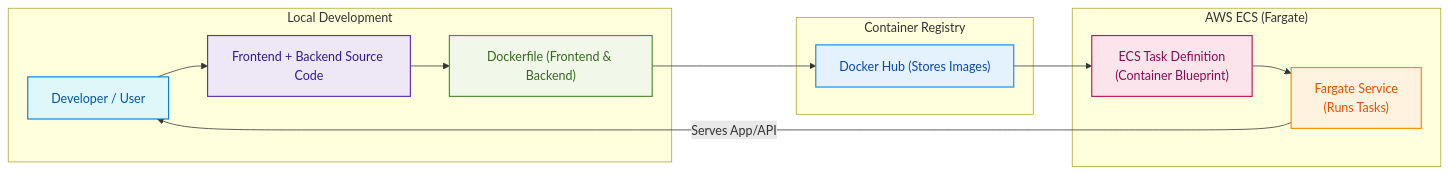
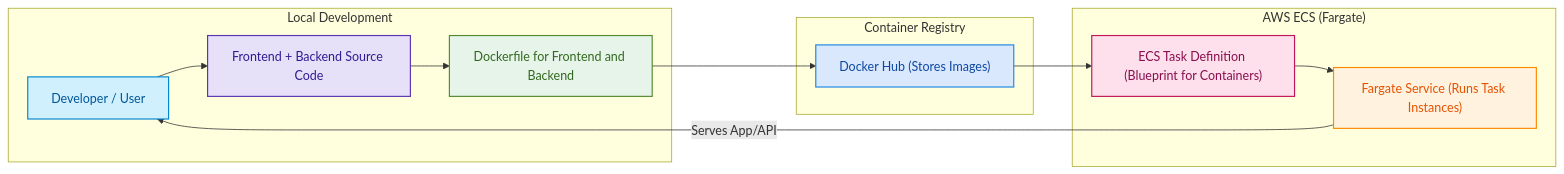
Before and after one commit to bansikah22/cloudnotes: the diagram in docs/task-definition.mmd, drawn with Mermaid.

Commit message:
Refine terminology and styling in task definition

```diff
--- a/docs/task-definition.mmd
+++ b/docs/task-definition.mmd
@@ -1,54 +1,54 @@
 flowchart LR
 
 %% ============================
 %% LOCAL DEVELOPMENT SECTION
 %% ============================
 subgraph Local["Local Development"]
     User["Developer / User"]
     Code["Frontend + Backend Source Code"]
-    Dockerfile["Dockerfile (Frontend & Backend)"]
+    Dockerfile["Dockerfile for Frontend and Backend"]
 end
 
 %% ============================
 %% CONTAINER REGISTRY SECTION
 %% ============================
 subgraph Registry["Container Registry"]
     DockerHub["Docker Hub (Stores Images)"]
 end
 
 %% ============================
 %% AWS ECS SECTION
 %% ============================
 subgraph ECS["AWS ECS (Fargate)"]
-    TaskDef["ECS Task Definition<br>(Container Blueprint)"]
-    FargateService["Fargate Service<br>(Runs Tasks)"]
+    TaskDef["ECS Task Definition (Blueprint for Containers)"]
+    FargateService["Fargate Service (Runs Task Instances)"]
 end
 
 %% ============================
 %% FLOW CONNECTIONS
 %% ============================
 User --> Code --> Dockerfile --> DockerHub
 DockerHub --> TaskDef --> FargateService
 FargateService -->|Serves App/API| User
 
 %% ============================
 %% STYLING (Soft Pastel Theme)
 %% ============================
-classDef dev fill:#e0f7fa,stroke:#0288d1,color:#01579b,stroke-width:1.5px;
-classDef code fill:#ede7f6,stroke:#5e35b1,color:#311b92,stroke-width:1.5px;
-classDef dockerfile fill:#f1f8e9,stroke:#558b2f,color:#33691e,stroke-width:1.5px;
+classDef dev fill:#d0f0fd,stroke:#0288d1,color:#01579b,stroke-width:1.5px;
+classDef code fill:#e6e0f8,stroke:#5e35b1,color:#311b92,stroke-width:1.5px;
+classDef dockerfile fill:#e6f4ea,stroke:#558b2f,color:#33691e,stroke-width:1.5px;
 
-classDef registry fill:#e3f2fd,stroke:#1e88e5,color:#0d47a1,stroke-width:1.5px;
+classDef registry fill:#d9e8fd,stroke:#1e88e5,color:#0d47a1,stroke-width:1.5px;
 
-classDef ecs fill:#fce4ec,stroke:#c2185b,color:#880e4f,stroke-width:1.5px;
+classDef ecs fill:#fde0eb,stroke:#c2185b,color:#880e4f,stroke-width:1.5px;
 classDef service fill:#fff3e0,stroke:#fb8c00,color:#e65100,stroke-width:1.5px;
 
 %% Apply styles
 class User dev
 class Code code
 class Dockerfile dockerfile
 
 class DockerHub registry
 
 class TaskDef ecs
 class FargateService service
```
